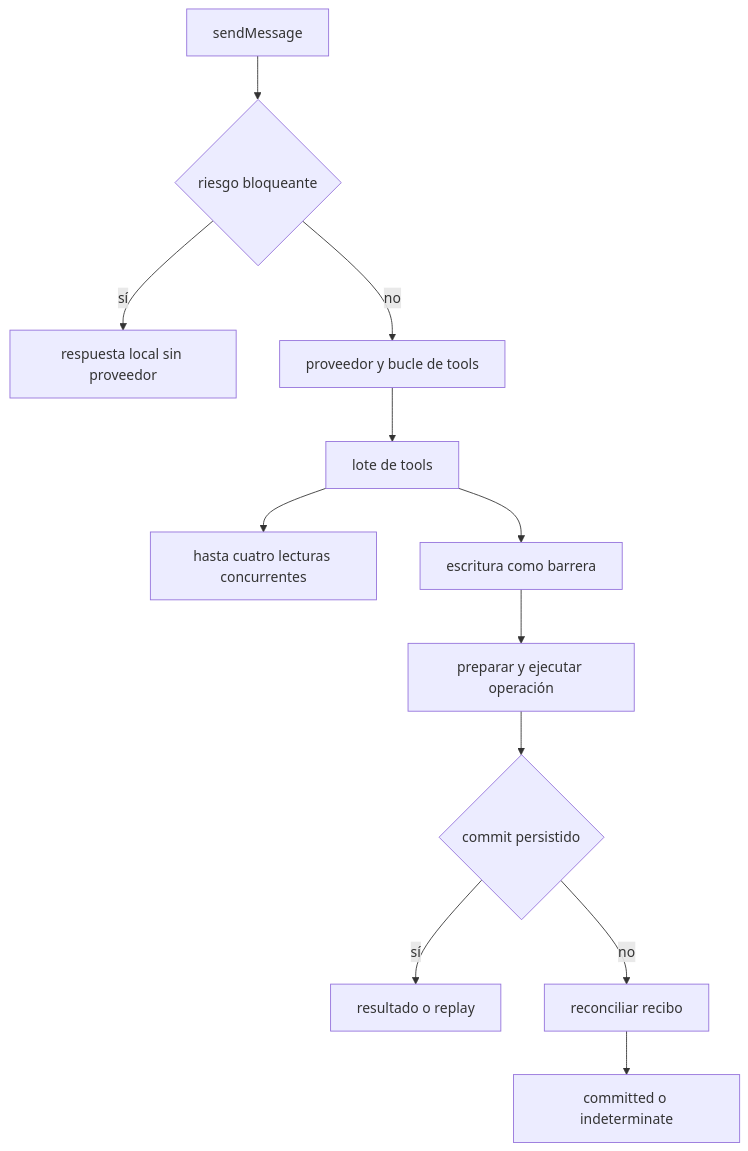
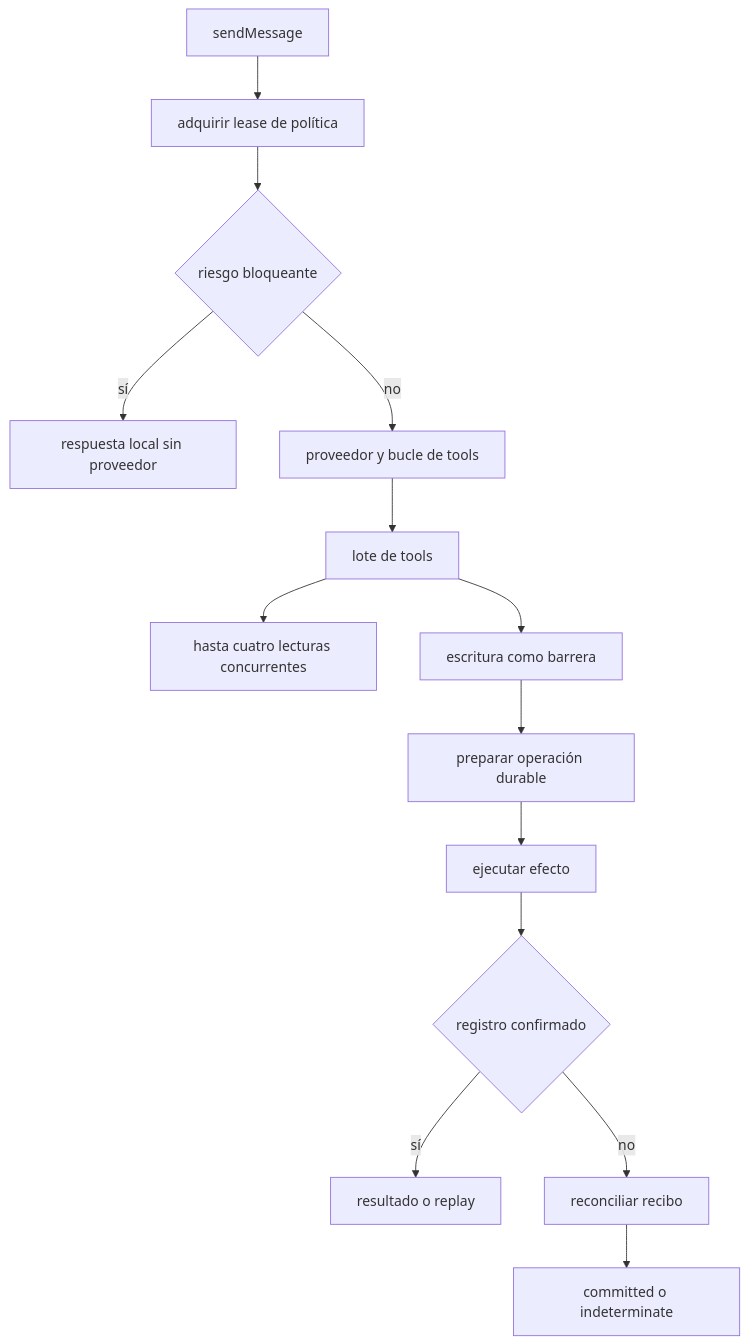
The diagram in openwiki/operations/runtime-behavior.md (maximofn/gymnasia), drawn with Mermaid before and after one commit. The commit also changed other lines of this file and 7 other files, not shown here.

````diff
--- a/openwiki/operations/runtime-behavior.md
+++ b/openwiki/operations/runtime-behavior.md
@@ -50,14 +56,16 @@
 ```mermaid
 flowchart TD
-  Send["sendMessage"] --> Risk{"riesgo bloqueante"}
+  Send["sendMessage"] --> Lease["adquirir lease de política"]
+  Lease --> Risk{"riesgo bloqueante"}
   Risk -->|sí| Local["respuesta local sin proveedor"]
   Risk -->|no| Provider["proveedor y bucle de tools"]
   Provider --> Batch["lote de tools"]
-  Batch --> Read["hasta cuatro lecturas concurrentes"]
+  Batch --> Reads["hasta cuatro lecturas concurrentes"]
   Batch --> Write["escritura como barrera"]
-  Write --> Ledger["preparar y ejecutar operación"]
-  Ledger --> Commit{"commit persistido"}
-  Commit -->|sí| Done["resultado o replay"]
+  Write --> Prepare["preparar operación durable"]
+  Prepare --> Execute["ejecutar efecto"]
+  Execute --> Commit{"registro confirmado"}
+  Commit -->|sí| Replay["resultado o replay"]
   Commit -->|no| Reconcile["reconciliar recibo"]
   Reconcile --> Safe["committed o indeterminate"]
 ```
````
